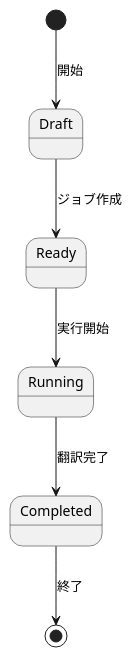
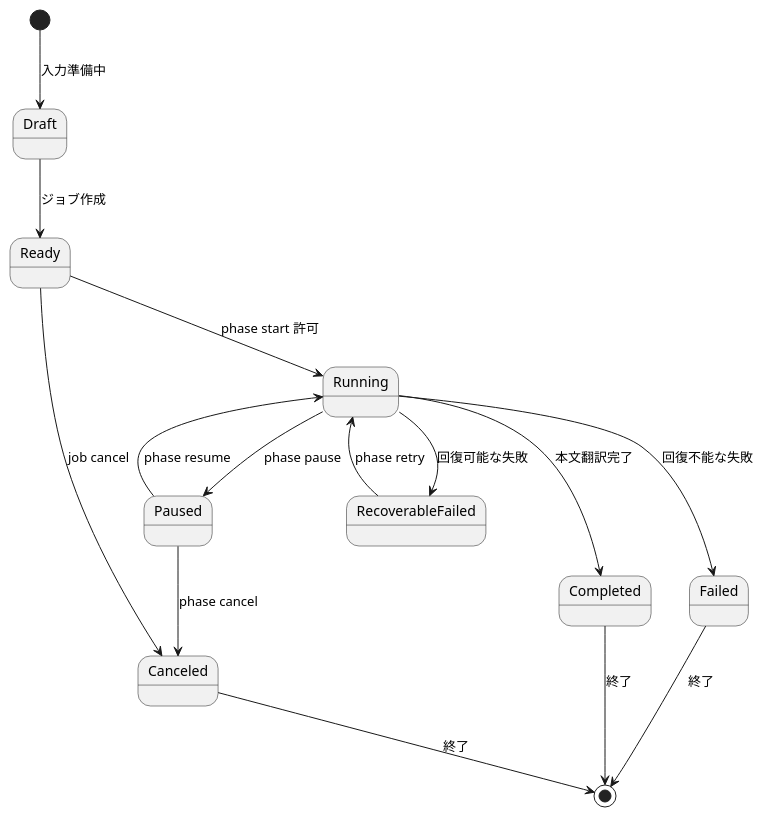
The second of 3 diagrams in docs/spec.md (ishibata91/AITranslationEngineJP), drawn with PlantUML before and after one commit. The commit also changed other lines of this file and 84 other files, not shown here.

````diff
--- a/docs/spec.md
+++ b/docs/spec.md
@@ -141,13 +147,22 @@
 ```plantuml
 @startuml
 
 top to bottom direction
 
-[*] --> Draft : 開始
+[*] --> Draft : 入力準備中
 Draft --> Ready : ジョブ作成
-Ready --> Running : 実行開始
-Running --> Completed : 翻訳完了
+Ready --> Running : phase start 許可
+Running --> Paused : phase pause
+Paused --> Running : phase resume
+Running --> RecoverableFailed : 回復可能な失敗
+RecoverableFailed --> Running : phase retry
+Running --> Completed : 本文翻訳完了
+Running --> Failed : 回復不能な失敗
+Ready --> Canceled : job cancel
+Paused --> Canceled : phase cancel
 Completed --> [*] : 終了
+Failed --> [*] : 終了
+Canceled --> [*] : 終了
 
 @enduml
 ```
````
